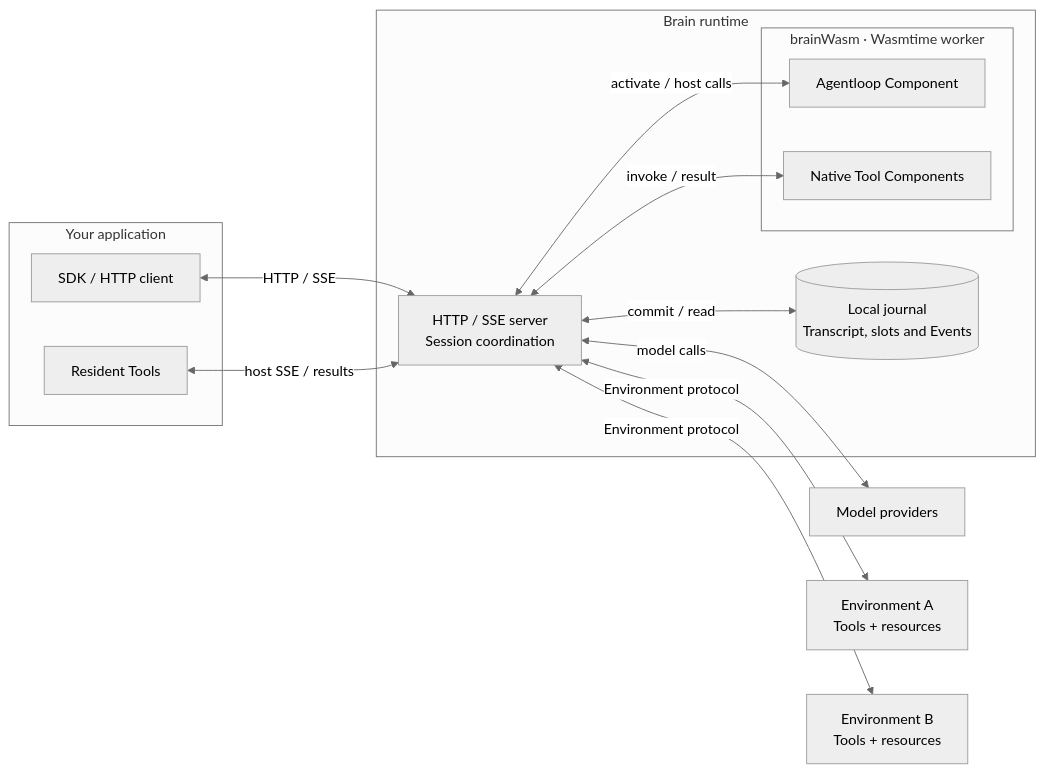
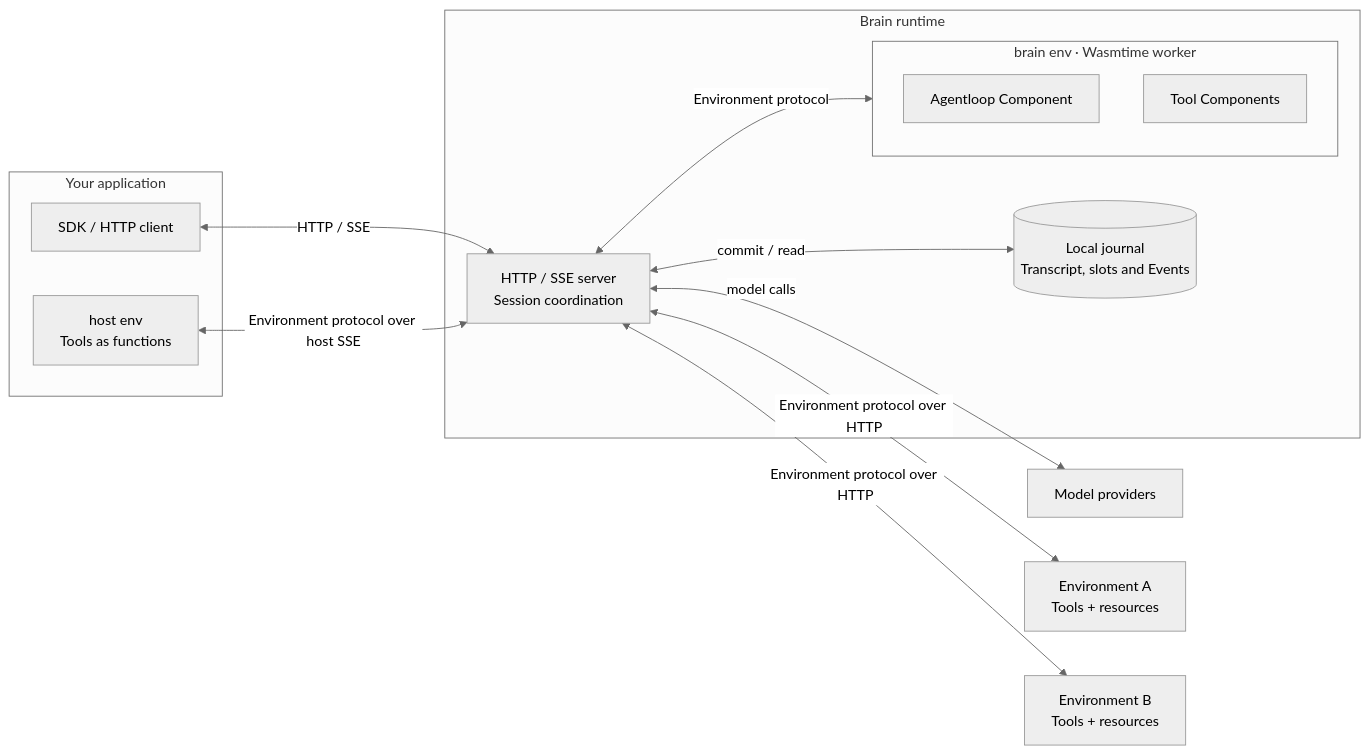
Before and after one commit to aexhq/brain: the diagram in README.md, drawn with Mermaid (neutral theme). The commit also changed other lines of this file and 184 other files, not shown here.

First line of the commit message:
runtime: name records by session and sequence and run every Tool in one Environment protocol (#180)

````diff
--- a/README.md
+++ b/README.md
@@ -74,25 +80,24 @@
 ```mermaid
 flowchart LR
   subgraph App["Your application"]
     Client["SDK / HTTP client"]
-    Resident["Resident Tools"]
+    Host["host env<br/>Tools as functions"]
   end
 
   subgraph Brain["Brain runtime"]
     Server["HTTP / SSE server<br/>Session coordination"]
     Journal[("Local journal<br/>Transcript, slots and Events")]
-    subgraph Worker["brainWasm · Wasmtime worker"]
+    subgraph BrainEnv["brain env · Wasmtime worker"]
       Loop["Agentloop Component"]
-      Native["Native Tool Components"]
+      Native["Tool Components"]
     end
     Server <-->|"commit / read"| Journal
-    Server <-->|"activate / host calls"| Loop
-    Server <-->|"invoke / result"| Native
+    Server <-->|"Environment protocol"| BrainEnv
   end
 
   Client <-->|"HTTP / SSE"| Server
-  Resident <-->|"host SSE / results"| Server
+  Host <-->|"Environment protocol over host SSE"| Server
   Server <-->|"model calls"| Models["Model providers"]
-  Server <-->|"Environment protocol"| EnvA["Environment A<br/>Tools + resources"]
-  Server <-->|"Environment protocol"| EnvB["Environment B<br/>Tools + resources"]
+  Server <-->|"Environment protocol over HTTP"| EnvA["Environment A<br/>Tools + resources"]
+  Server <-->|"Environment protocol over HTTP"| EnvB["Environment B<br/>Tools + resources"]
 ```
````
